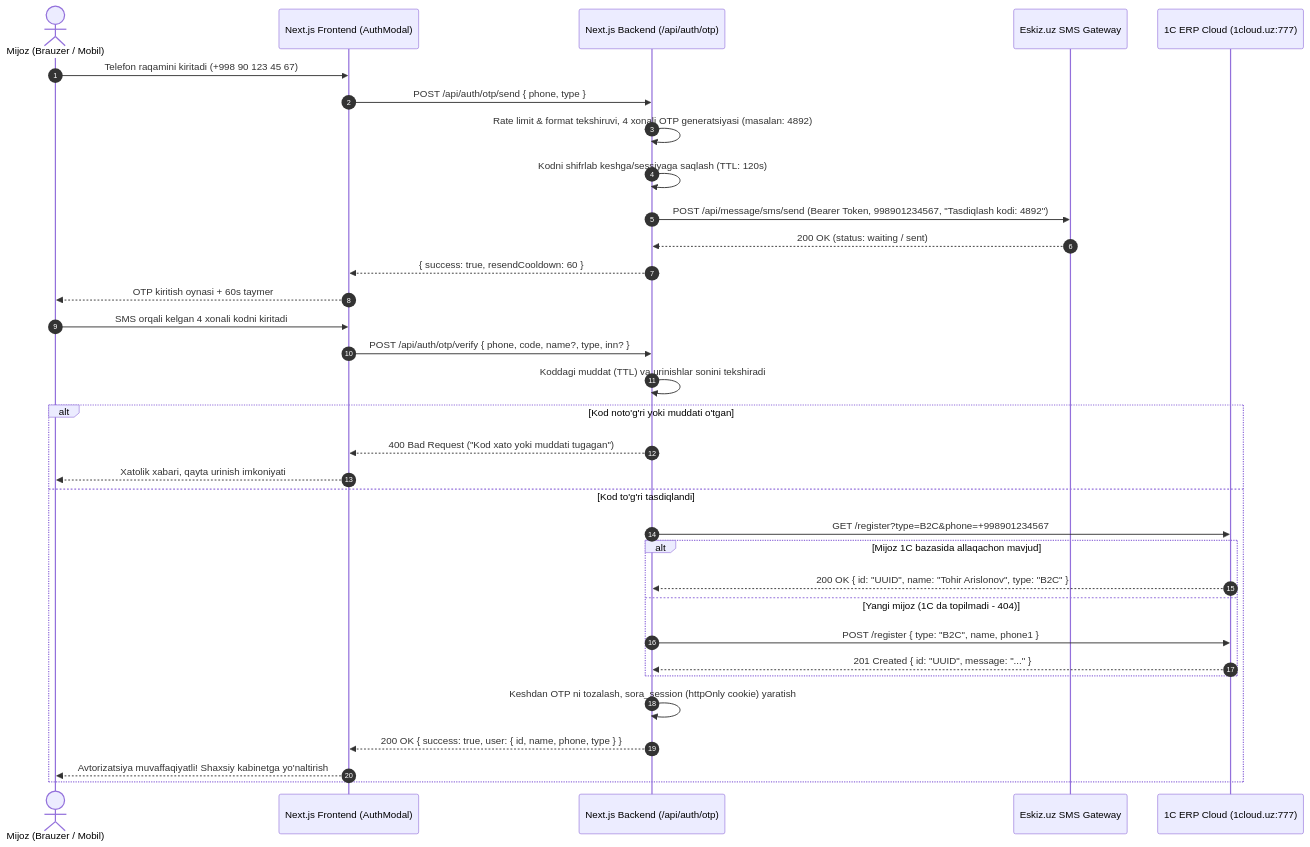
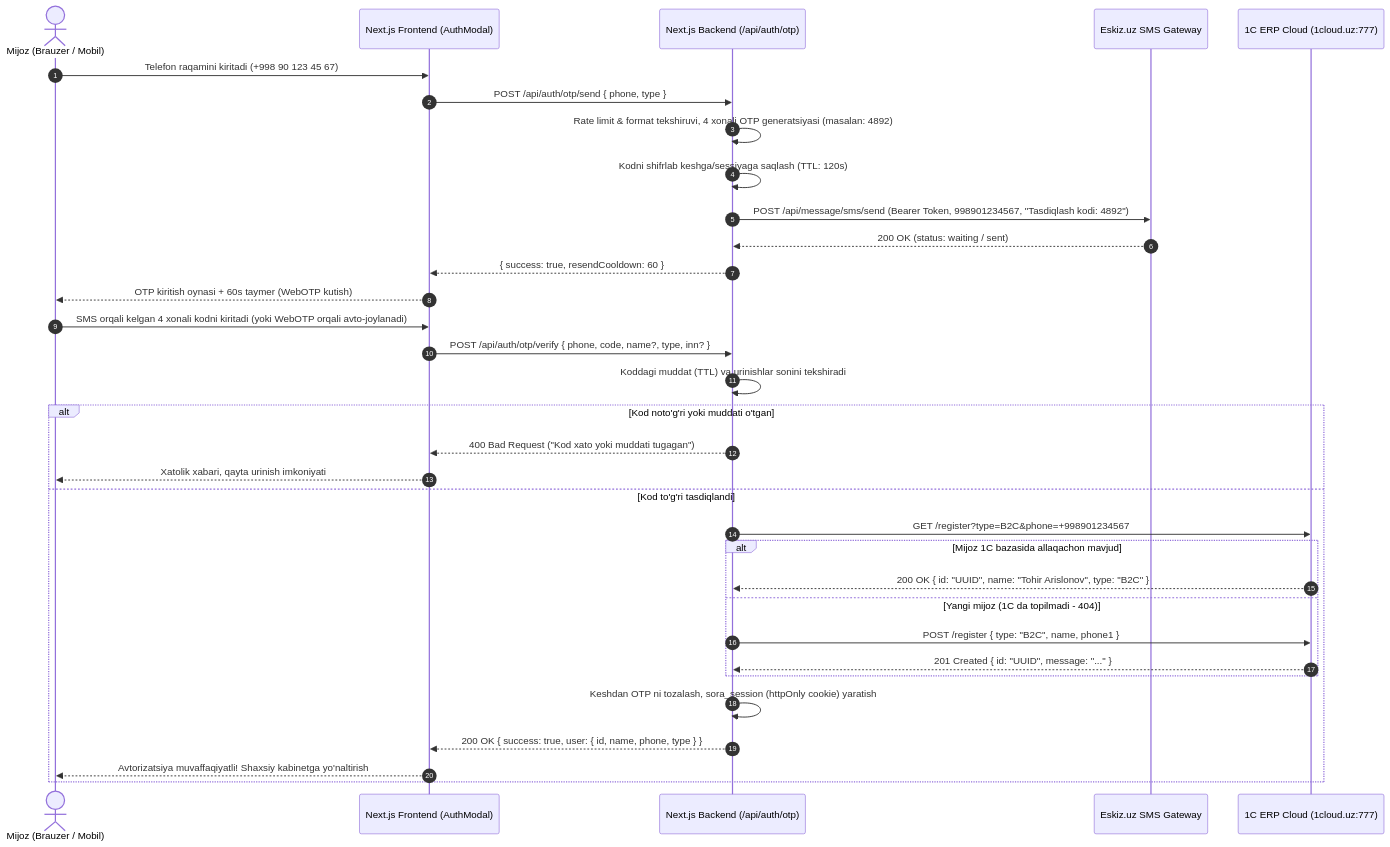
Before and after one commit to sorauz/web_sora_uz: the diagram in Loyixa_xujjatlari/Api/user_api/plan_reg_users.md, drawn with Mermaid. The commit also changed other lines of this file, not shown here.

Commit message:
docs(auth): enrich SMS OTP plan with 1C developer checklist, Eskiz audit, and UX risk mitigations

````diff
--- a/Loyixa_xujjatlari/Api/user_api/plan_reg_users.md
+++ b/Loyixa_xujjatlari/Api/user_api/plan_reg_users.md
@@ -25,41 +25,41 @@
 ```mermaid
 sequenceDiagram
     autonumber
     actor User as Mijoz (Brauzer / Mobil)
     participant Front as Next.js Frontend (AuthModal)
     participant API as Next.js Backend (/api/auth/otp)
     participant Eskiz as Eskiz.uz SMS Gateway
     participant OneC as 1C ERP Cloud (1cloud.uz:777)
 
     %% Step 1: Request OTP
     User->>Front: Telefon raqamini kiritadi (+998 90 123 45 67)
     Front->>API: POST /api/auth/otp/send { phone, type }
     API->>API: Rate limit & format tekshiruvi, 4 xonali OTP generatsiyasi (masalan: 4892)
     API->>API: Kodni shifrlab keshga/sessiyaga saqlash (TTL: 120s)
     API->>Eskiz: POST /api/message/sms/send (Bearer Token, 998901234567, "Tasdiqlash kodi: 4892")
     Eskiz-->>API: 200 OK (status: waiting / sent)
     API-->>Front: { success: true, resendCooldown: 60 }
-    Front-->>User: OTP kiritish oynasi + 60s taymer
+    Front-->>User: OTP kiritish oynasi + 60s taymer (WebOTP kutish)
 
     %% Step 2: Verify OTP
-    User->>Front: SMS orqali kelgan 4 xonali kodni kiritadi
+    User->>Front: SMS orqali kelgan 4 xonali kodni kiritadi (yoki WebOTP orqali avto-joylanadi)
     Front->>API: POST /api/auth/otp/verify { phone, code, name?, type, inn? }
     API->>API: Koddagi muddat (TTL) va urinishlar sonini tekshiradi
     
     alt Kod noto'g'ri yoki muddati o'tgan
         API-->>Front: 400 Bad Request ("Kod xato yoki muddati tugagan")
         Front-->>User: Xatolik xabari, qayta urinish imkoniyati
     else Kod to'g'ri tasdiqlandi
         %% Step 3: Check / Register in 1C
         API->>OneC: GET /register?type=B2C&phone=+998901234567
         alt Mijoz 1C bazasida allaqachon mavjud
             OneC-->>API: 200 OK { id: "UUID", name: "Tohir Arislonov", type: "B2C" }
         else Yangi mijoz (1C da topilmadi - 404)
             API->>OneC: POST /register { type: "B2C", name, phone1 }
             OneC-->>API: 201 Created { id: "UUID", message: "..." }
         end
         API->>API: Keshdan OTP ni tozalash, sora_session (httpOnly cookie) yaratish
         API-->>Front: 200 OK { success: true, user: { id, name, phone, type } }
         Front-->>User: Avtorizatsiya muvaffaqiyatli! Shaxsiy kabinetga yo'naltirish
     end
 ```
````
